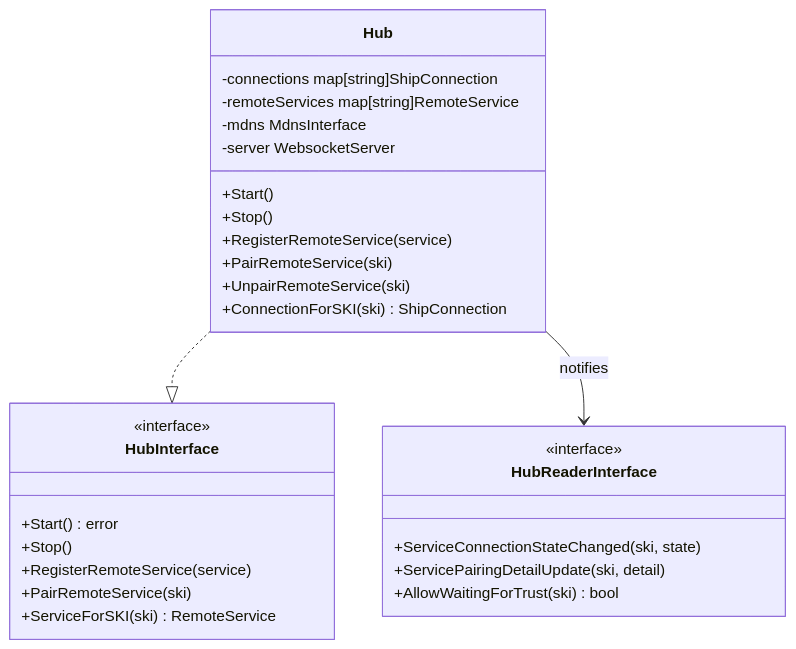
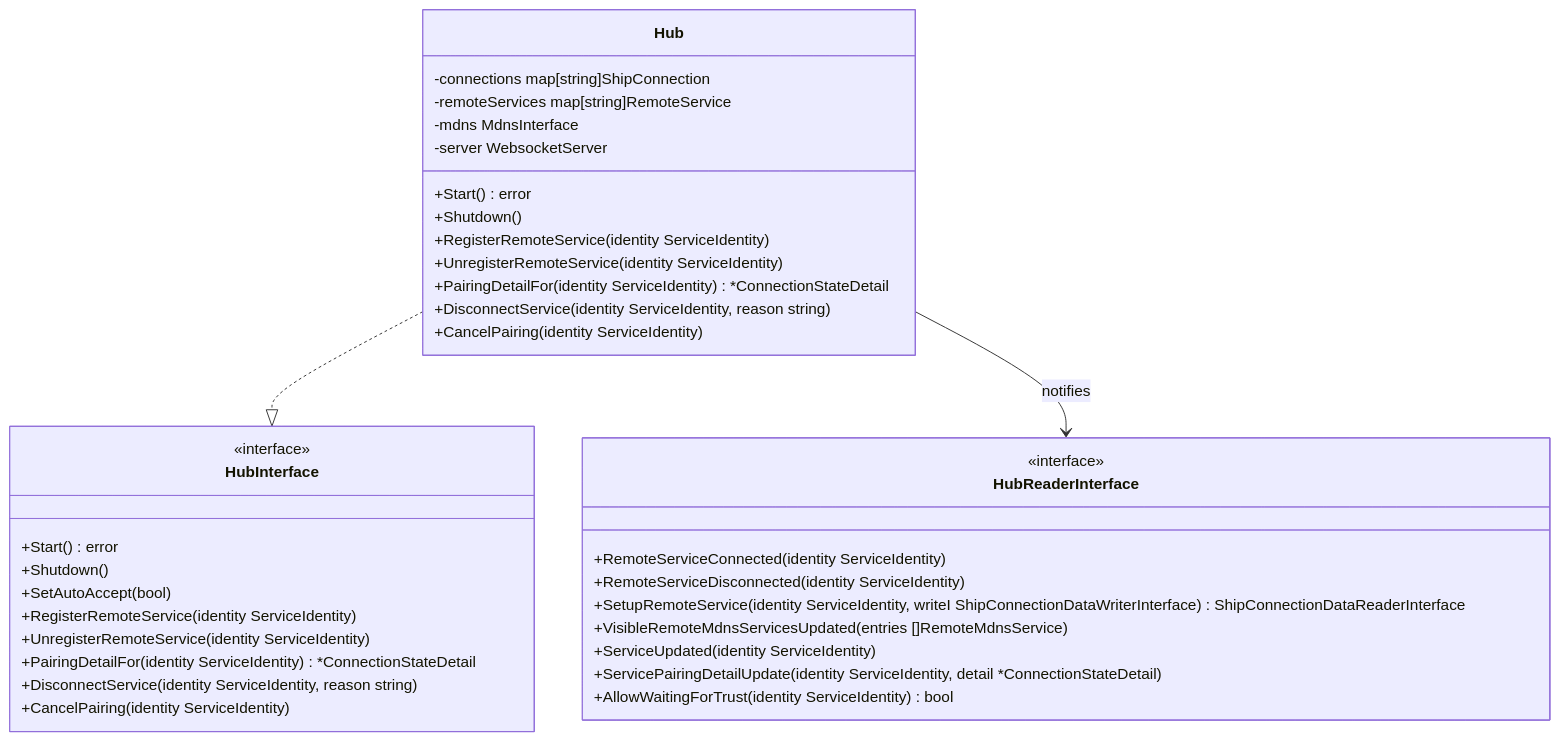
The third of 15 diagrams in ARCHITECTURE.md (enbility/ship-go), drawn with Mermaid before and after one commit. The commit also changed other lines of this file and 57 other files, not shown here.

First line of the commit message:
♻️ refactor: migrate to ServiceIdentity API

````diff
--- a/ARCHITECTURE.md
+++ b/ARCHITECTURE.md
@@ -134,34 +134,42 @@
 ```mermaid
 classDiagram
     class Hub {
         -connections map[string]ShipConnection
         -remoteServices map[string]RemoteService
         -mdns MdnsInterface
         -server WebsocketServer
-        +Start()
-        +Stop()
-        +RegisterRemoteService(service)
-        +PairRemoteService(ski)
-        +UnpairRemoteService(ski)
-        +ConnectionForSKI(ski) ShipConnection
+        +Start() error
+        +Shutdown()
+        +RegisterRemoteService(identity ServiceIdentity)
+        +UnregisterRemoteService(identity ServiceIdentity)
+        +PairingDetailFor(identity ServiceIdentity) *ConnectionStateDetail
+        +DisconnectService(identity ServiceIdentity, reason string)
+        +CancelPairing(identity ServiceIdentity)
     }
     
     class HubInterface {
         <<interface>>
         +Start() error
-        +Stop()
-        +RegisterRemoteService(service)
-        +PairRemoteService(ski)
-        +ServiceForSKI(ski) RemoteService
+        +Shutdown()
+        +SetAutoAccept(bool)
+        +RegisterRemoteService(identity ServiceIdentity)
+        +UnregisterRemoteService(identity ServiceIdentity)
+        +PairingDetailFor(identity ServiceIdentity) *ConnectionStateDetail
+        +DisconnectService(identity ServiceIdentity, reason string)
+        +CancelPairing(identity ServiceIdentity)
     }
     
     class HubReaderInterface {
         <<interface>>
-        +ServiceConnectionStateChanged(ski, state)
-        +ServicePairingDetailUpdate(ski, detail)
-        +AllowWaitingForTrust(ski) bool
+        +RemoteServiceConnected(identity ServiceIdentity)
+        +RemoteServiceDisconnected(identity ServiceIdentity)
+        +SetupRemoteService(identity ServiceIdentity, writeI ShipConnectionDataWriterInterface) ShipConnectionDataReaderInterface
+        +VisibleRemoteMdnsServicesUpdated(entries []RemoteMdnsService)
+        +ServiceUpdated(identity ServiceIdentity)
+        +ServicePairingDetailUpdate(identity ServiceIdentity, detail *ConnectionStateDetail)
+        +AllowWaitingForTrust(identity ServiceIdentity) bool
     }
     
     Hub ..|> HubInterface
     Hub --> HubReaderInterface : notifies
 ```
````
